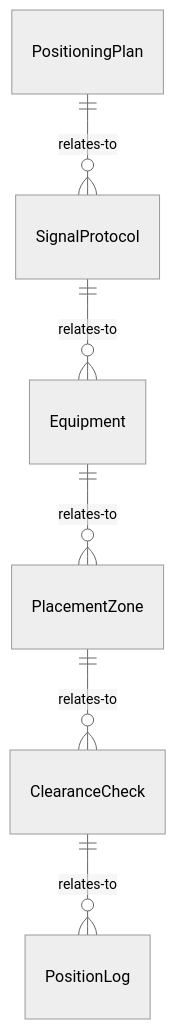
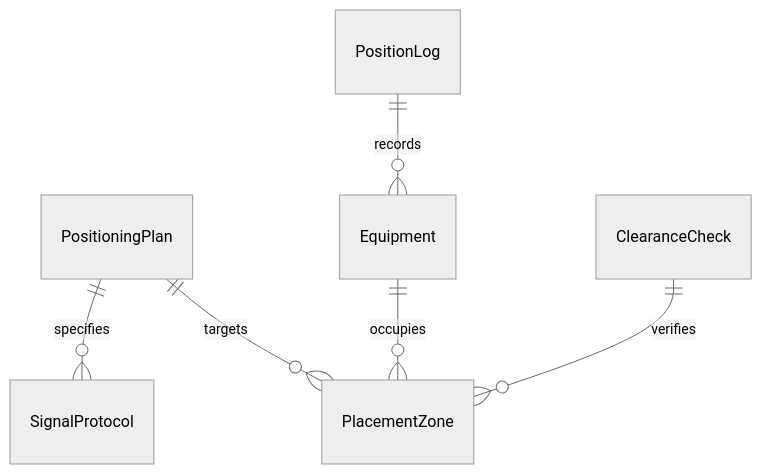
One commit to dot-org-ai/tasks.org.ai changed the first of 4 diagrams in CommunicatingWithSupervisorsPeersOrSubordinates/SignalOthersToCoordinateWorkActivities/SignalEquipmentOperatorsIndicateProper.mdx. Above: the diagram before and after it, drawn with Mermaid (neutral theme). The commit also changed other lines of this file and 515 other files, not shown here.

````diff
--- a/CommunicatingWithSupervisorsPeersOrSubordinates/SignalOthersToCoordinateWorkActivities/SignalEquipmentOperatorsIndicateProper.mdx
+++ b/CommunicatingWithSupervisorsPeersOrSubordinates/SignalOthersToCoordinateWorkActivities/SignalEquipmentOperatorsIndicateProper.mdx
@@ -86,8 +86,8 @@
 ```mermaid
 erDiagram
-    PositioningPlan ||--o{ SignalProtocol : relates-to
-    SignalProtocol ||--o{ Equipment : relates-to
-    Equipment ||--o{ PlacementZone : relates-to
-    PlacementZone ||--o{ ClearanceCheck : relates-to
-    ClearanceCheck ||--o{ PositionLog : relates-to
+    PositioningPlan ||--o{ SignalProtocol : specifies
+    PositioningPlan ||--o{ PlacementZone : targets
+    Equipment ||--o{ PlacementZone : occupies
+    ClearanceCheck ||--o{ PlacementZone : verifies
+    PositionLog ||--o{ Equipment : records
 ```
````
